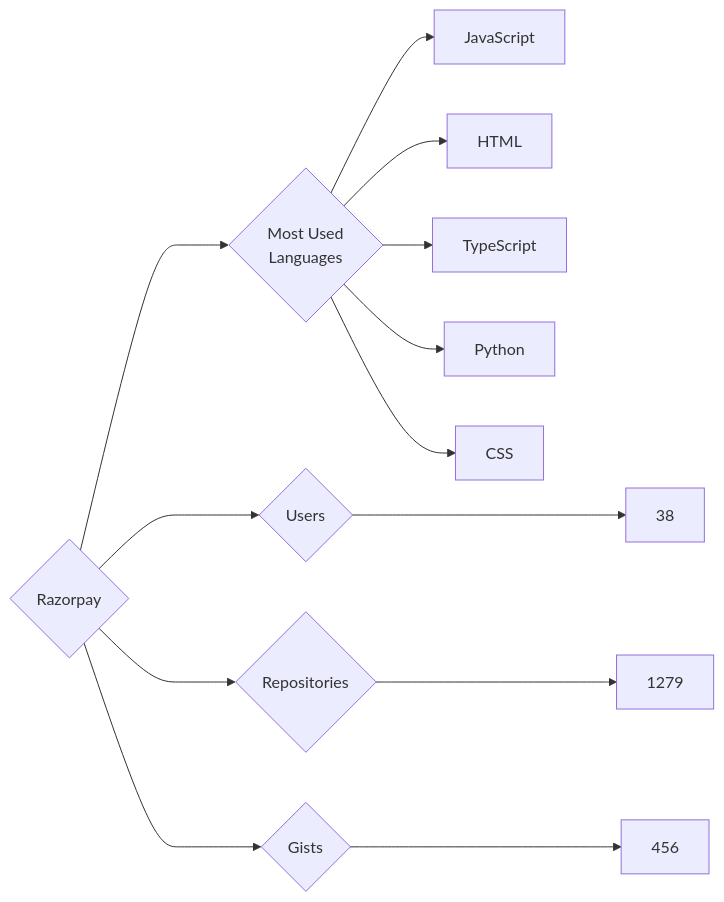
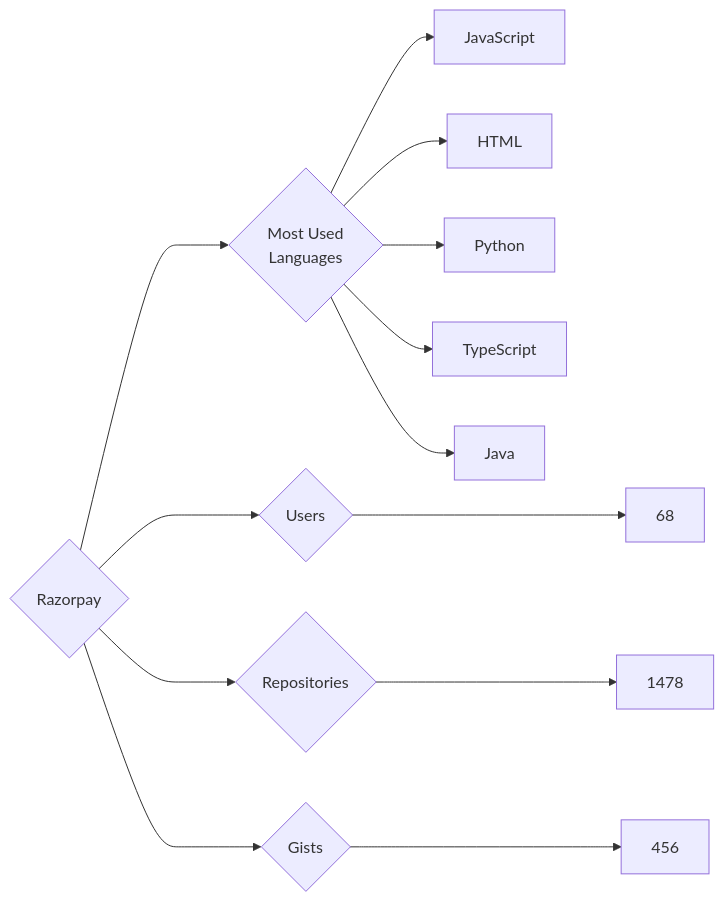
Before and after one commit to trickest/insiders: the diagram in targets/Razorpay/README.md, drawn with Mermaid. The commit also changed 770 other files, not shown here.

````diff
--- a/targets/Razorpay/README.md
+++ b/targets/Razorpay/README.md
@@ -3,13 +3,13 @@
 ```mermaid
 graph LR
 COMPANY_NAME{Razorpay}
-COMPANY_NAME ---> U{Users} ---> UN[38]
-COMPANY_NAME ---> R{Repositories} ---> RN[1279]
+COMPANY_NAME ---> U{Users} ---> UN[68]
+COMPANY_NAME ---> R{Repositories} ---> RN[1478]
 COMPANY_NAME ---> G{Gists} ---> GN[456]
 COMPANY_NAME ---> ML{Most Used<br>Languages}
 ML --> JavaScript[JavaScript]
 ML --> HTML[HTML]
+ML --> Python[Python]
 ML --> TypeScript[TypeScript]
-ML --> Python[Python]
-ML --> CSS[CSS]
+ML --> Java[Java]
 ```
````
